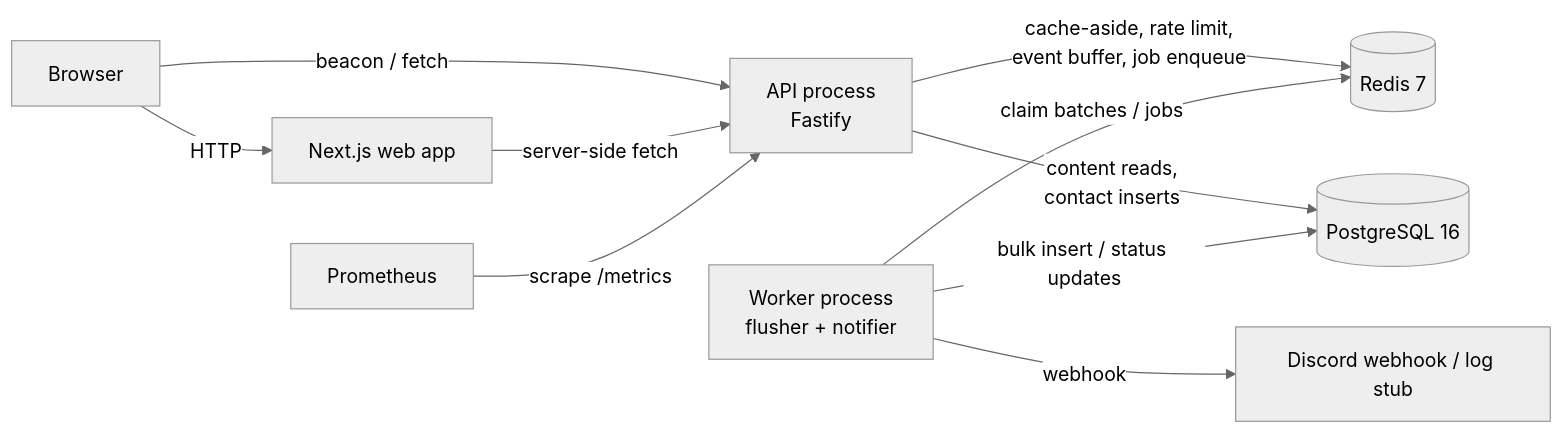
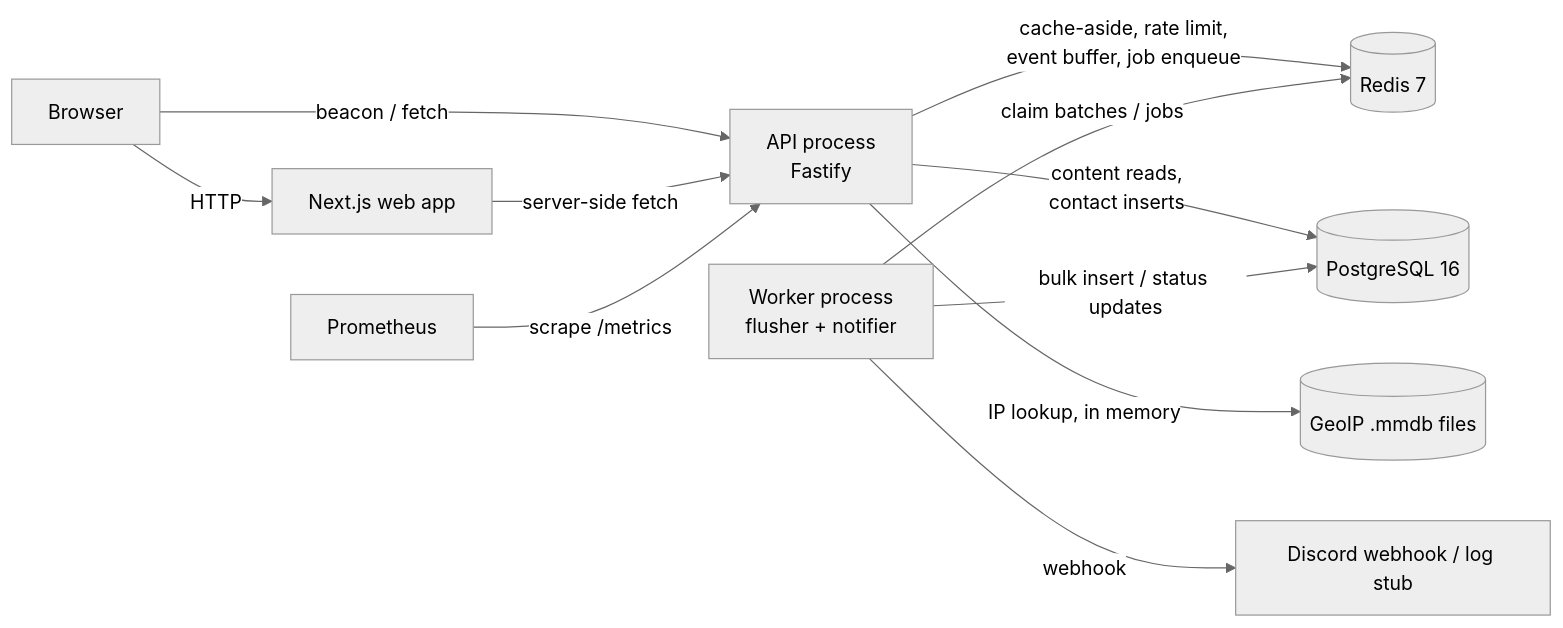
Before and after one commit to zhuuyicheng/yicheng-website: the diagram in DESIGN.md, drawn with Mermaid (neutral theme). The commit also changed other lines of this file and 66 other files, not shown here.

````diff
--- a/DESIGN.md
+++ b/DESIGN.md
@@ -41,12 +41,13 @@
 ```mermaid
 flowchart LR
   Browser -->|HTTP| Web[Next.js web app]
   Browser -->|beacon / fetch| API
   Web -->|server-side fetch| API[API process<br/>Fastify]
   API -->|cache-aside, rate limit,<br/>event buffer, job enqueue| Redis[(Redis 7)]
   API -->|content reads,<br/>contact inserts| PG[(PostgreSQL 16)]
+  API -->|IP lookup, in memory| GeoIP[(GeoIP .mmdb files)]
   Worker[Worker process<br/>flusher + notifier] -->|claim batches / jobs| Redis
   Worker -->|bulk insert / status updates| PG
   Worker -->|webhook| Notify[Discord webhook / log stub]
   Prom[Prometheus] -->|scrape /metrics| API
 ```
````
